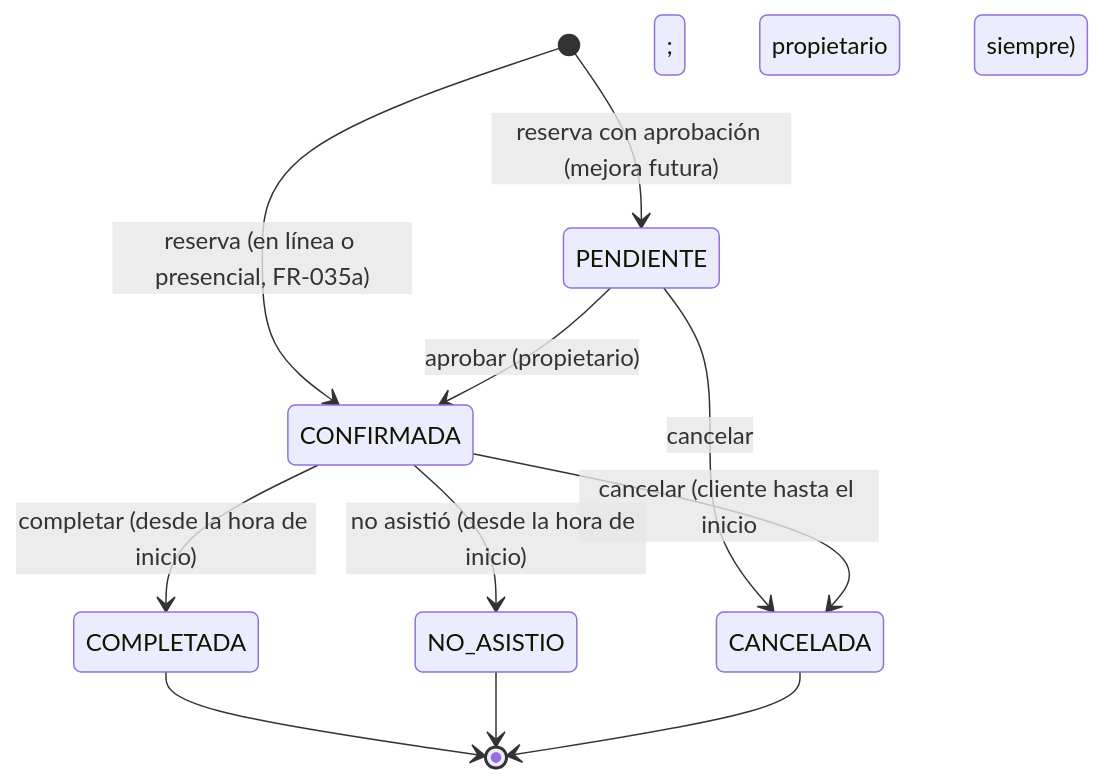
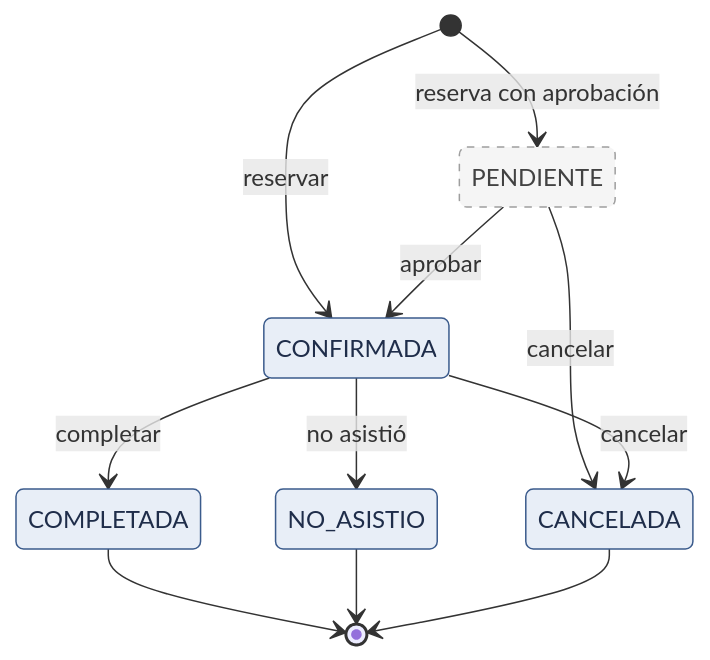
The first of 9 diagrams in docs/03-diseño-de-software/diseño-interno/diseño-interno-de-modulos.md (semcham/proyecto-final-barberia-ayacucho), drawn with Mermaid before and after one commit. The commit also changed other lines of this file and 67 other files, not shown here.

Commit message:
docs: documentación y diagramas coherentes con 001, 002, 003 .... 006

````diff
--- a/docs/03-diseño-de-software/diseño-interno/diseño-interno-de-modulos.md
+++ b/docs/03-diseño-de-software/diseño-interno/diseño-interno-de-modulos.md
@@ -35,13 +42,18 @@
 ```mermaid
 stateDiagram-v2
-    [*] --> CONFIRMADA: reserva (en línea o presencial, FR-035a)
-    [*] --> PENDIENTE: reserva con aprobación (mejora futura)
-    PENDIENTE --> CONFIRMADA: aprobar (propietario)
+    [*] --> CONFIRMADA: reservar
+    [*] --> PENDIENTE: reserva con aprobación
+    PENDIENTE --> CONFIRMADA: aprobar
     PENDIENTE --> CANCELADA: cancelar
-    CONFIRMADA --> CANCELADA: cancelar (cliente hasta el inicio; propietario siempre)
-    CONFIRMADA --> COMPLETADA: completar (desde la hora de inicio)
-    CONFIRMADA --> NO_ASISTIO: no asistió (desde la hora de inicio)
+    CONFIRMADA --> CANCELADA: cancelar
+    CONFIRMADA --> COMPLETADA: completar
+    CONFIRMADA --> NO_ASISTIO: no asistió
     COMPLETADA --> [*]
     NO_ASISTIO --> [*]
     CANCELADA --> [*]
+
+    classDef implementado fill:#e8eef7,stroke:#3b5b8c,color:#1f2d4a
+    classDef planificado fill:#f5f5f5,stroke:#9e9e9e,stroke-dasharray:5 5,color:#424242
+    class CONFIRMADA,CANCELADA,COMPLETADA,NO_ASISTIO implementado
+    class PENDIENTE planificado
 ```
````
